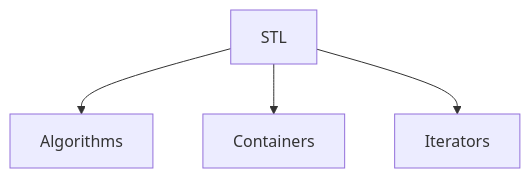
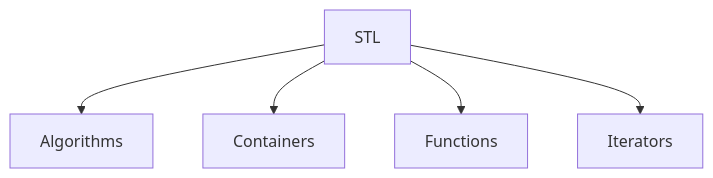
One commit to midwayviber/DSA changed the diagram in STL/notes.md. Above: the diagram before and after it, drawn with Mermaid.

````diff
--- a/STL/notes.md
+++ b/STL/notes.md
@@ -7,7 +7,8 @@
 ```mermaid
 graph TD;
     A[STL]
     A --> B[Algorithms]
     A --> C[Containers]
-    A --> D[Iterators]
+    A --> D[Functions]
+    A --> E[Iterators]
 ```
````
